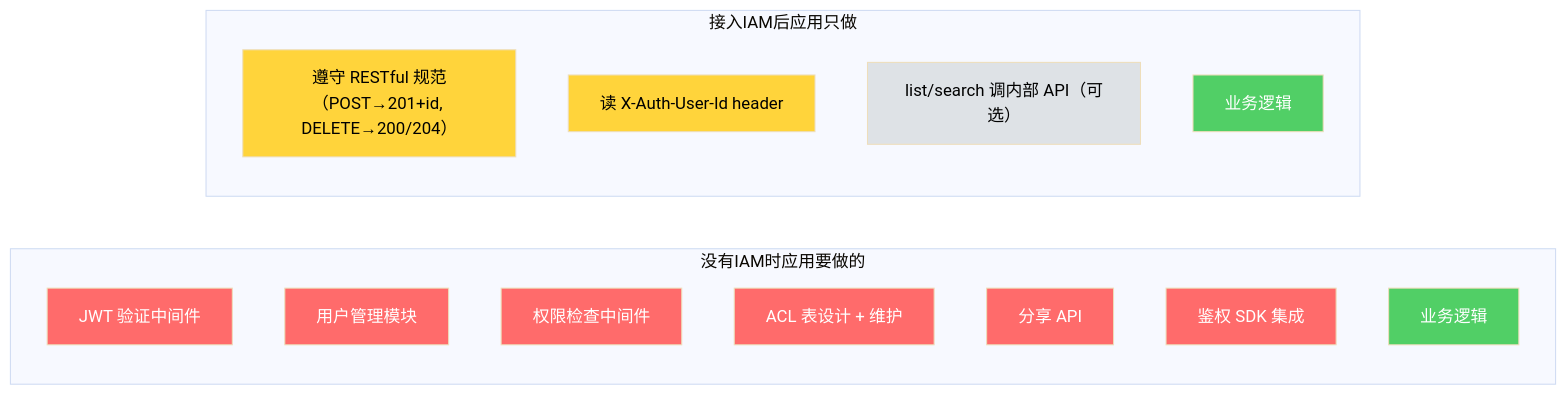
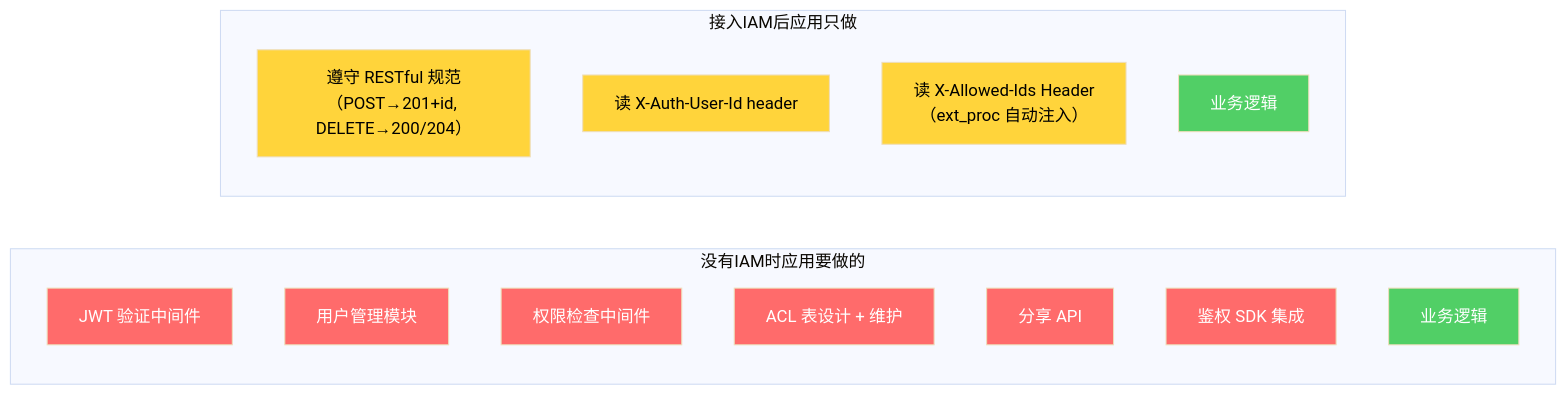
Before and after one commit to xiewanchao/aidp-iam: the tenth of 10 diagrams in diagrams/onboarding-flow.md, drawn with Mermaid (base theme). The commit also changed other lines of this file and 43 other files, not shown here.

First line of the commit message:
feat: IAM v2.0 - groups model, resource ACL, ext_proc, API Key auth

````diff
--- a/diagrams/onboarding-flow.md
+++ b/diagrams/onboarding-flow.md
@@ -556,33 +556,33 @@
 ```mermaid
 flowchart LR
     subgraph 没有IAM时应用要做的
         direction TB
         W1[JWT 验证中间件]
         W2[用户管理模块]
         W3[权限检查中间件]
         W4[ACL 表设计 + 维护]
         W5[分享 API]
         W6[鉴权 SDK 集成]
         W7[业务逻辑]
     end
 
     subgraph 接入IAM后应用只做
         direction TB
         S1["遵守 RESTful 规范<br/>（POST→201+id, DELETE→200/204）"]
         S2["读 X-Auth-User-Id header"]
-        S3["list/search 调内部 API（可选）"]
+        S3["读 X-Allowed-Ids Header<br/>（ext_proc 自动注入）"]
         S4[业务逻辑]
     end
 
     style W1 fill:#ff6b6b,color:#fff
     style W2 fill:#ff6b6b,color:#fff
     style W3 fill:#ff6b6b,color:#fff
     style W4 fill:#ff6b6b,color:#fff
     style W5 fill:#ff6b6b,color:#fff
     style W6 fill:#ff6b6b,color:#fff
     style W7 fill:#51cf66,color:#fff
     style S1 fill:#ffd43b,color:#000
     style S2 fill:#ffd43b,color:#000
-    style S3 fill:#dee2e6,color:#000
+    style S3 fill:#ffd43b,color:#000
     style S4 fill:#51cf66,color:#fff
 ```
````
